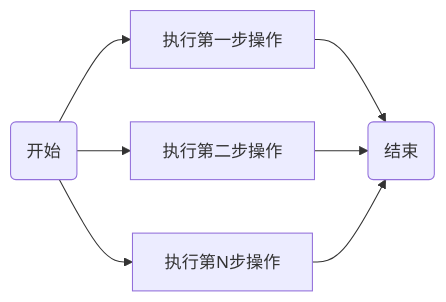
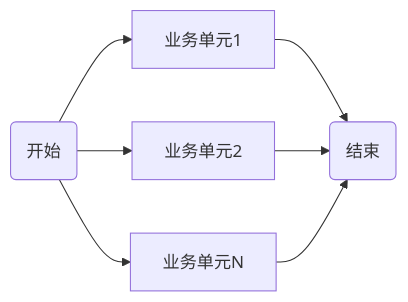
Before and after one commit to tenderne13/hello-easy-flow-bpmn: the third of 10 diagrams in README.md, drawn with Mermaid. The commit also changed other lines of this file and 2 other files, not shown here.

````diff
--- a/README.md
+++ b/README.md
@@ -40,9 +40,9 @@
 ```mermaid
 graph LR
-    Start(开始) --> Step1[执行第一步操作]
-    Start --> Step2[执行第二步操作]
-    Start --> StepN[执行第N步操作]
+    Start(开始) --> Step1[业务单元1]
+    Start --> Step2[业务单元2]
+    Start --> StepN[业务单元N]
     Step1 --> End(结束)
     Step2 --> End
     StepN --> End
 ```
````
